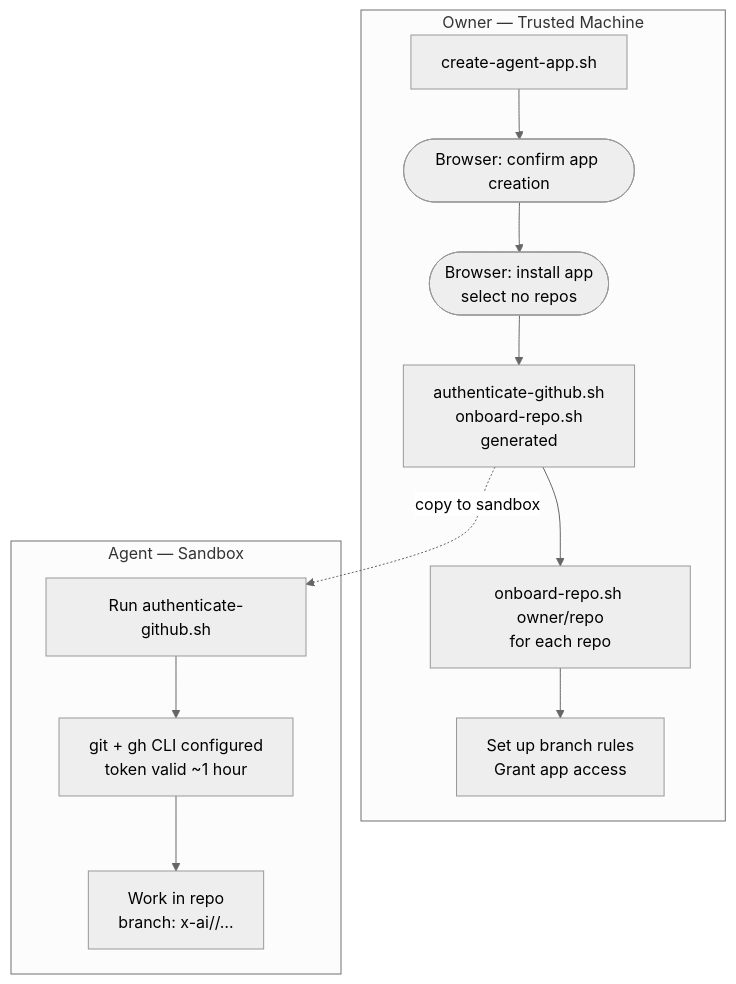
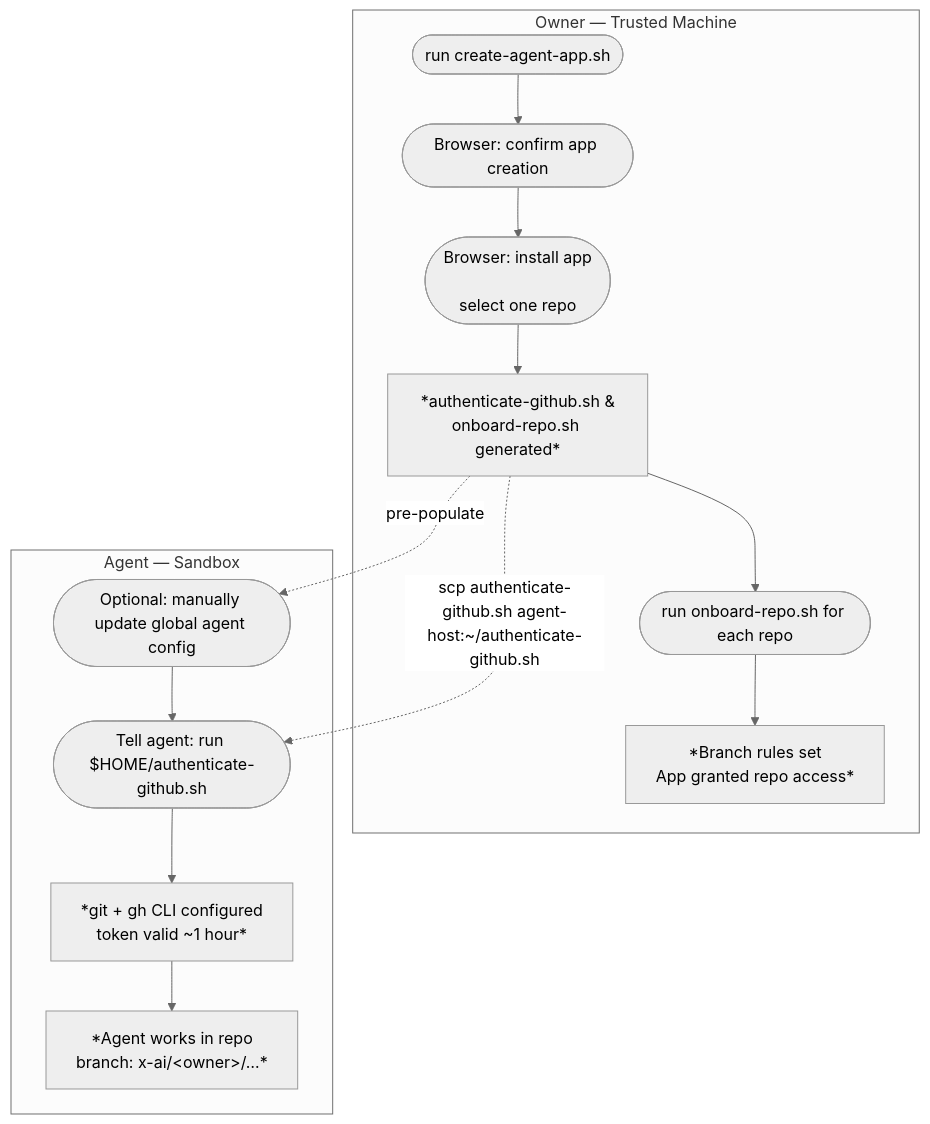
The diagram in README.md (ardentperf/agent-github-access), drawn with Mermaid (neutral theme) before and after one commit. The commit also changed other lines of this file and 3 other files, not shown here.

````diff
--- a/README.md
+++ b/README.md
@@ -11,17 +11,26 @@
 ```mermaid
 flowchart TD
     subgraph setup["Owner — Trusted Machine"]
-        A["create-agent-app.sh"] --> B(["Browser: confirm app creation"])
-        B --> C(["Browser: install app\nselect no repos"])
-        C --> D["authenticate-github.sh\nonboard-repo.sh\ngenerated"]
-        D --> E["onboard-repo.sh owner/repo\nfor each repo"]
-        E --> H["Set up branch rules\nGrant app access"]
+        A(["run create-agent-app.sh"]) --> B(["Browser: confirm app creation"])
+        B --> C(["Browser: install app
+
+select one repo"])
+        C --> D["*authenticate-github.sh &
+onboard-repo.sh generated*"]
+        D --> E(["run onboard-repo.sh for each repo"])
+        E --> H["*Branch rules set
+App granted repo access*"]
     end
 
     subgraph agent["Agent — Sandbox"]
-        I["Run authenticate-github.sh"] --> J["git + gh CLI configured\ntoken valid ~1 hour"]
-        J --> K["Work in repo\nbranch: x-ai/<owner>/…"]
+        G(["Optional: manually update global agent config"])
+        G --> I(["Tell agent: run $HOME/authenticate-github.sh"])
+        I --> J["*git + gh CLI configured
+token valid ~1 hour*"]
+        J --> K["*Agent works in repo
+branch: x-ai/&lt;owner&gt;/…*"]
     end
 
-    D -.->|copy to sandbox| I
+    D -.->|"scp authenticate-github.sh agent-host:~/authenticate-github.sh"| I
+    D -.->|"pre-populate"| G
 ```
````
